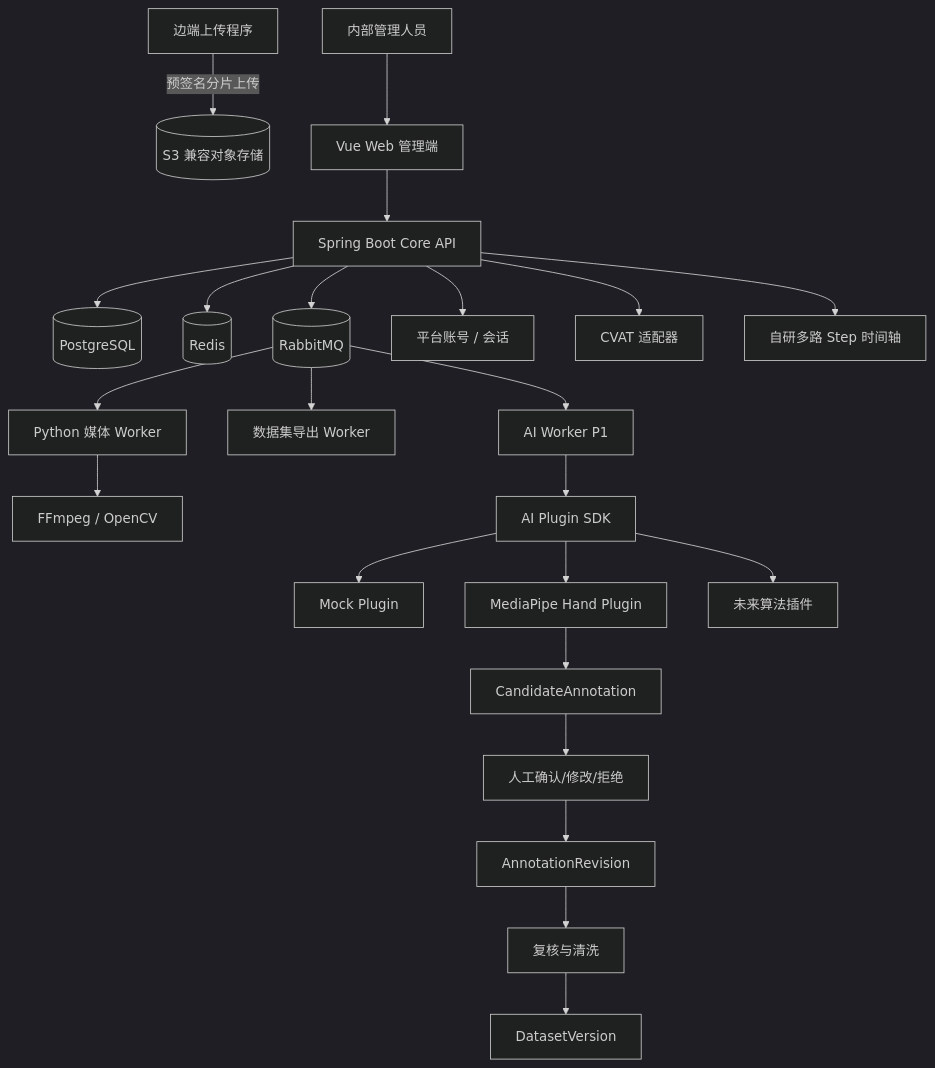
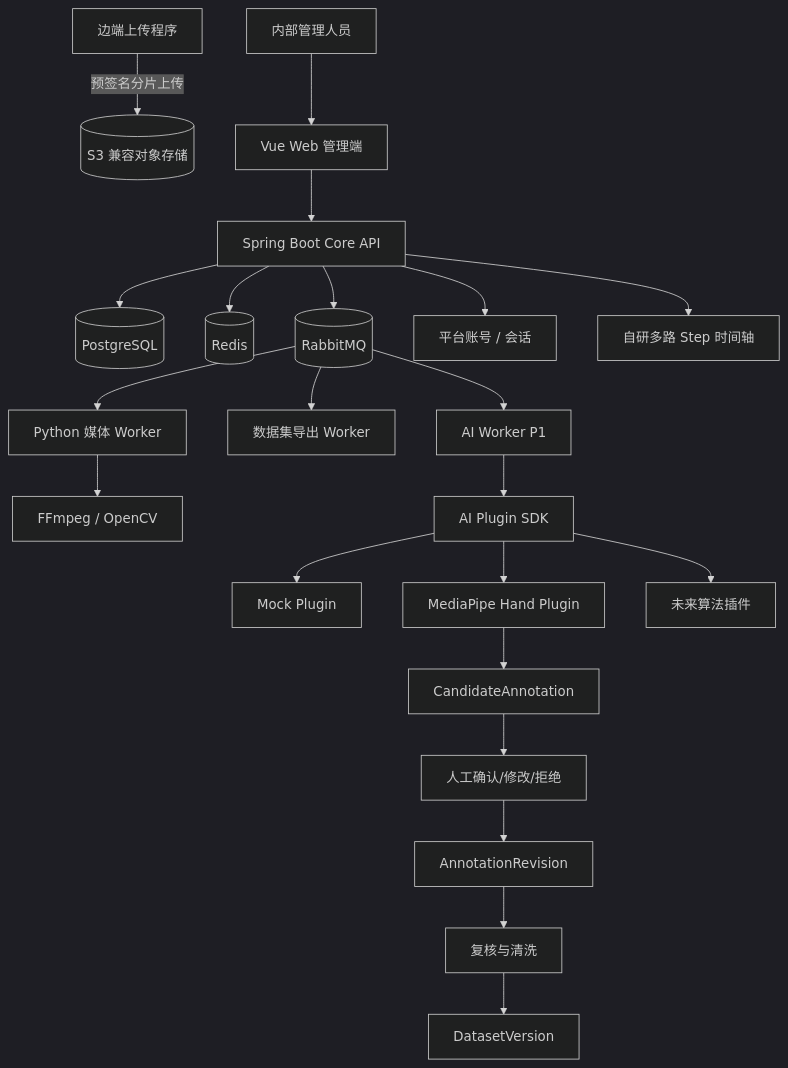
The diagram in docs/architecture/配药平台技术设计.md (Soberis/medication-video-platform), drawn with Mermaid (dark theme) before and after one commit. The commit also changed other lines of this file and 32 other files, not shown here.

````diff
--- a/docs/architecture/配药平台技术设计.md
+++ b/docs/architecture/配药平台技术设计.md
@@ -244,29 +244,27 @@
 ```mermaid
 flowchart TB
     EDGE[边端上传程序] -->|预签名分片上传| S3[(S3 兼容对象存储)]
     USER[内部管理人员] --> WEB[Vue Web 管理端]
     WEB --> API[Spring Boot Core API]
 
     API --> PG[(PostgreSQL)]
     API --> REDIS[(Redis)]
     API --> MQ[(RabbitMQ)]
     API --> ACCOUNT[平台账号 / 会话]
-    API --> CVAT[CVAT 适配器]
-
     MQ --> MW[Python 媒体 Worker]
     MQ --> EW[数据集导出 Worker]
     MQ --> AW[AI Worker P1]
 
     MW --> FFMPEG[FFmpeg / OpenCV]
     AW --> SDK[AI Plugin SDK]
     SDK --> MOCK[Mock Plugin]
     SDK --> MP[MediaPipe Hand Plugin]
     SDK --> FUTURE[未来算法插件]
 
     API --> TIMELINE[自研多路 Step 时间轴]
     MP --> CAND[CandidateAnnotation]
     CAND --> HUMAN[人工确认/修改/拒绝]
     HUMAN --> REV[AnnotationRevision]
     REV --> REVIEW[复核与清洗]
     REVIEW --> DATASET[DatasetVersion]
 ```
````
